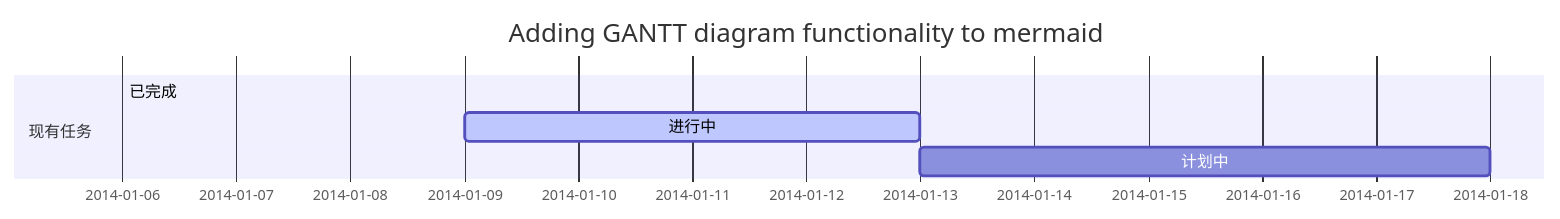
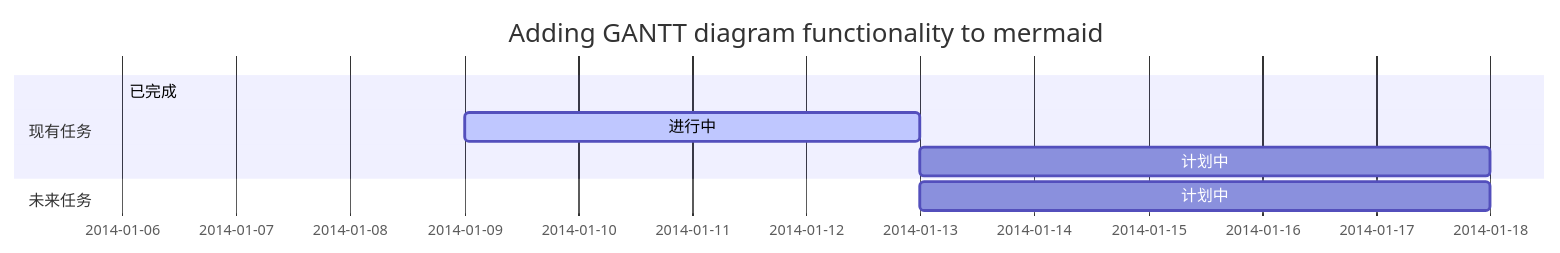
Before and after one commit to anzyelay/learning_notes: the first of 6 diagrams in mermaid.md, drawn with Mermaid. The commit also changed other lines of this file and 1 other file, not shown here.

````diff
--- a/mermaid.md
+++ b/mermaid.md
@@ -7,9 +9,10 @@
 ```mermaid
 gantt
-       
-        title Adding GANTT diagram functionality to mermaid
-        section 现有任务
-        已完成               :done,    des1, 2014-01-06,2014-01-08
-        进行中               :active,  des2, 2014-01-09, 4d
-        计划中               :         des3, after des2, 5d
+  title Adding GANTT diagram functionality to mermaid
+  section 现有任务
+  已完成               :done,    des1, 2014-01-06,2014-01-08
+  进行中               :active,  des2, 2014-01-09, 4d
+  计划中               :         des3, after des2, 5d
+  section 未来任务
+  计划中               :         des3, after des2, 5d
 ```
````
